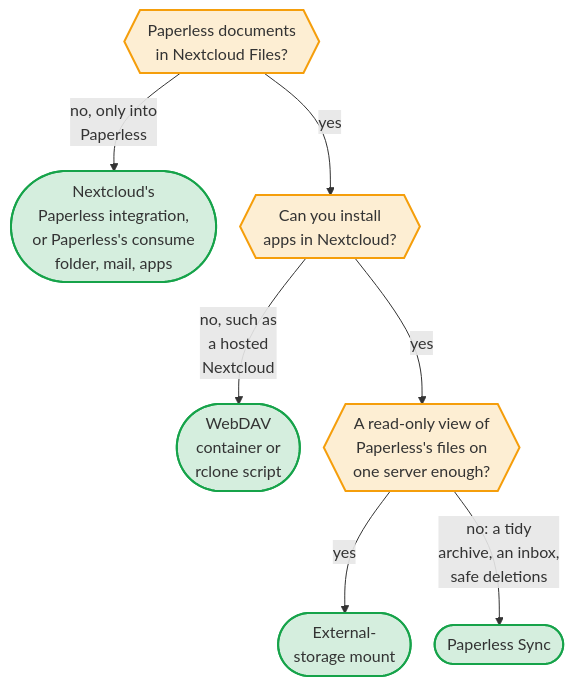
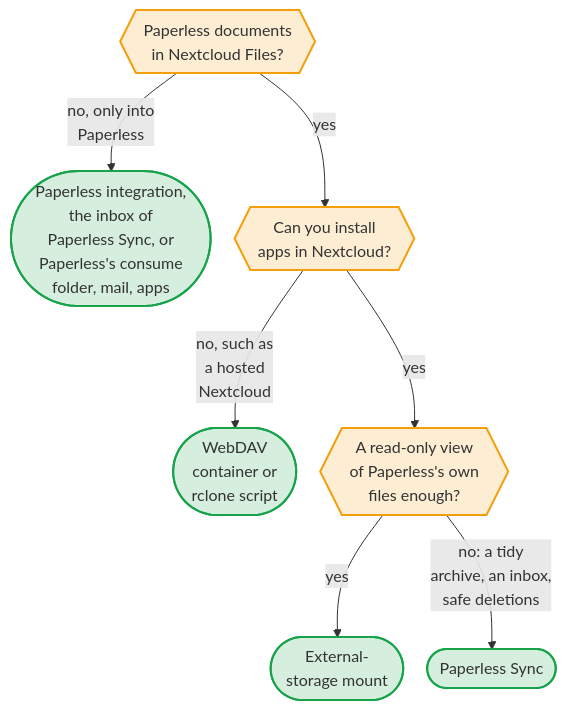
The first of 2 diagrams in docs/alternatives.md (Dennis-Otto/paperless-sync), drawn with Mermaid before and after one commit. The commit also changed other lines of this file, not shown here.

First line of the commit message:
docs: keep the inbox in the migration guides and match Paperless's placeholders

````diff
--- a/docs/alternatives.md
+++ b/docs/alternatives.md
@@ -19,30 +22,30 @@
 ```mermaid
 ---
 config:
   flowchart:
     nodeSpacing: 24
 ---
 flowchart TB
     accTitle: Which way to connect Paperless-ngx and Nextcloud fits
-    accDescr: When only files should go into Paperless, Nextcloud's Paperless integration sends single files by hand, and Paperless's own consume folder, mail fetcher and apps take scans from a phone, a mail or a scanner. When the documents of Paperless should appear in Nextcloud Files, the question is whether you can install apps in your Nextcloud. If not, such as with a hosted Nextcloud, the WebDAV container or an rclone script copy them over WebDAV. If you can, and a read-only view of Paperless's own files on the same server is enough, an external-storage mount fits; for a tidy archive by correspondent, type and year, an inbox to Paperless and deletions only after confirmation, Paperless Sync. The questions are orange, the options green.
+    accDescr: When only files should go into Paperless, Nextcloud's Paperless integration sends single files by hand, the inbox of Paperless Sync takes every file put into a folder of Nextcloud, with the export turned off if you like, and Paperless's own consume folder, mail fetcher and apps take scans from a phone, a mail or a scanner. When the documents of Paperless should appear in Nextcloud Files, the question is whether you can install apps in your Nextcloud. If not, such as with a hosted Nextcloud, the WebDAV container or an rclone script copy them over WebDAV. If you can, and a read-only view of Paperless's own files is enough, an external-storage mount fits, of a local folder or over SMB or SFTP; for a tidy archive by correspondent, type and year, an inbox to Paperless and deletions only after confirmation, Paperless Sync. The questions are orange, the options green.
 
     need{{"Paperless documents<br>in Nextcloud Files?"}}
-    into(["Nextcloud's<br>Paperless integration,<br>or Paperless's consume<br>folder, mail, apps"])
+    into(["Paperless integration,<br>the inbox of<br>Paperless Sync, or<br>Paperless's consume<br>folder, mail, apps"])
     install{{"Can you install<br>apps in Nextcloud?"}}
     webdav(["WebDAV<br>container or<br>rclone script"])
-    view{{"A read-only view of<br>Paperless's files on<br>one server enough?"}}
+    view{{"A read-only view<br>of Paperless's own<br>files enough?"}}
     mount(["External-<br>storage mount"])
     sync(["Paperless Sync"])
 
     need -- "no, only into<br>Paperless" --> into
     need -- "yes" --> install
     install -- "no, such as<br>a hosted<br>Nextcloud" --> webdav
     install -- "yes" --> view
     view -- "yes" --> mount
     view -- "no: a tidy<br>archive, an inbox,<br>safe deletions" --> sync
 
     classDef question fill:#f59e0b2e,stroke:#f59e0b,stroke-width:2px
     classDef option fill:#16a34a2e,stroke:#16a34a,stroke-width:2px
     class need,install,view question
     class into,webdav,mount,sync option
 ```
````
